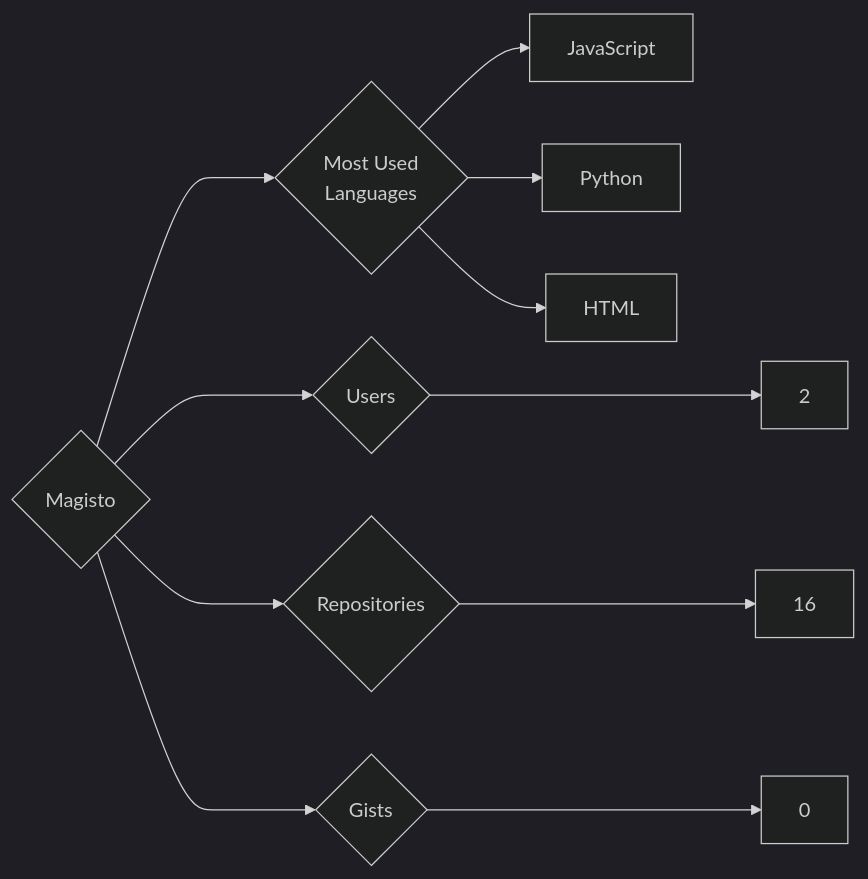
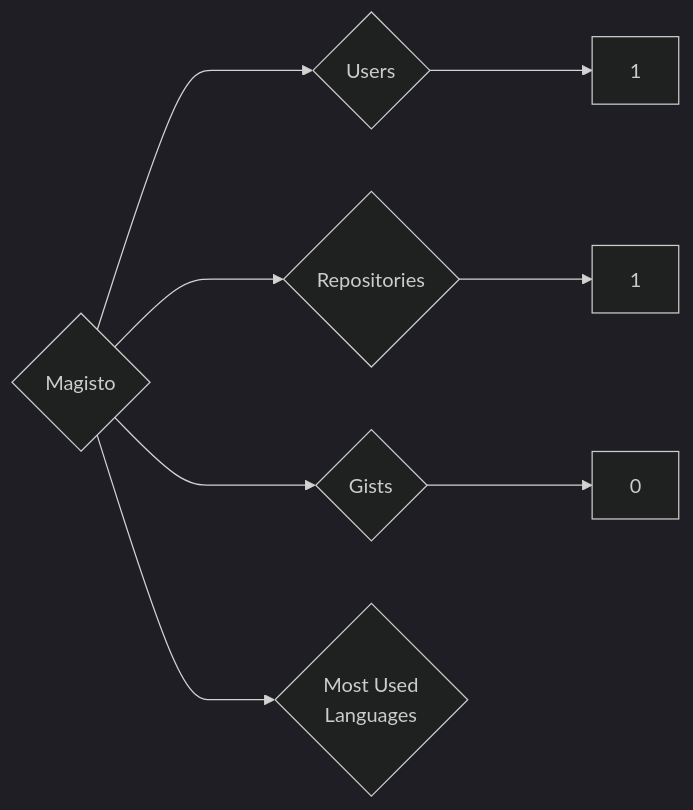
One commit to trickest/insiders changed the diagram in targets/Magisto/README.md. Above: the diagram before and after it, drawn with Mermaid (dark theme). The commit also changed 752 other files, not shown here.

````diff
--- a/targets/Magisto/README.md
+++ b/targets/Magisto/README.md
@@ -3,11 +3,8 @@
 ```mermaid
 graph LR
 COMPANY_NAME{Magisto}
-COMPANY_NAME ---> U{Users} ---> UN[2]
-COMPANY_NAME ---> R{Repositories} ---> RN[16]
+COMPANY_NAME ---> U{Users} ---> UN[1]
+COMPANY_NAME ---> R{Repositories} ---> RN[1]
 COMPANY_NAME ---> G{Gists} ---> GN[0]
 COMPANY_NAME ---> ML{Most Used<br>Languages}
-ML --> JavaScript[JavaScript]
-ML --> Python[Python]
-ML --> HTML[HTML]
 ```
````
